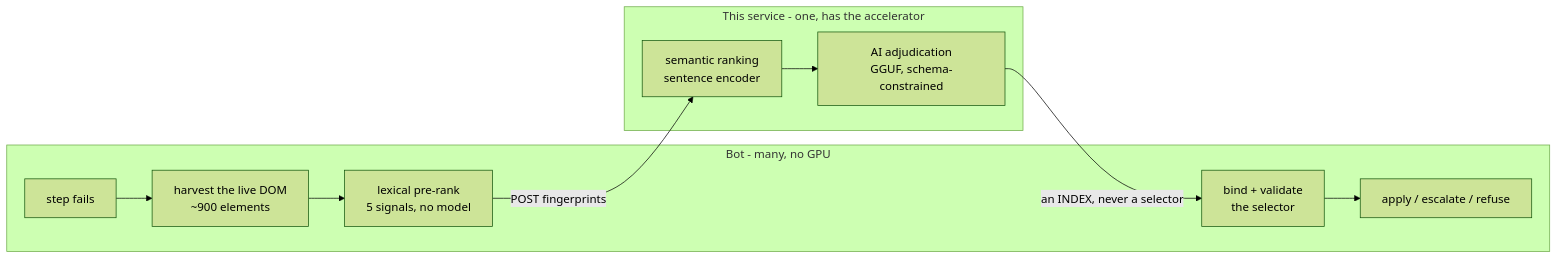
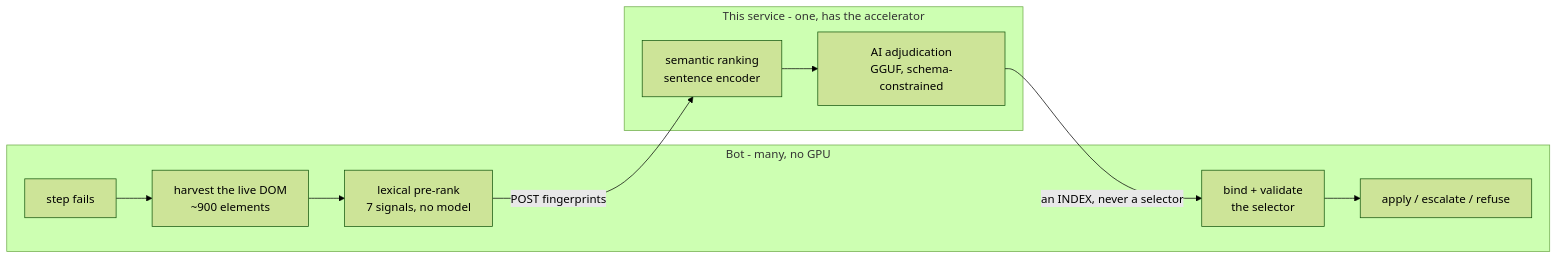
The diagram in README.md (AnshikaGovil/self-healing-ui-agent), drawn with Mermaid (forest theme) before and after one commit. The commit also changed other lines of this file and 5 other files, not shown here.

````diff
--- a/README.md
+++ b/README.md
@@ -58,15 +64,15 @@
 ```mermaid
 flowchart LR
     subgraph BOT["Bot - many, no GPU"]
         A["step fails"] --> B["harvest the live DOM<br/>~900 elements"]
-        B --> C["lexical pre-rank<br/>5 signals, no model"]
+        B --> C["lexical pre-rank<br/>7 signals, no model"]
         F["bind + validate<br/>the selector"] --> G["apply / escalate / refuse"]
     end
 
     subgraph SVC["This service - one, has the accelerator"]
         D["semantic ranking<br/>sentence encoder"] --> E["AI adjudication<br/>GGUF, schema-constrained"]
     end
 
     C -- "POST fingerprints" --> D
     E -- "an INDEX, never a selector" --> F
 ```
````
